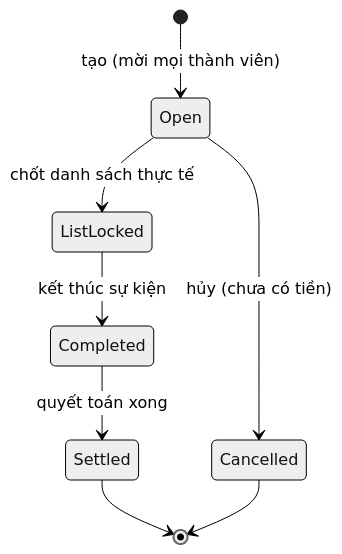
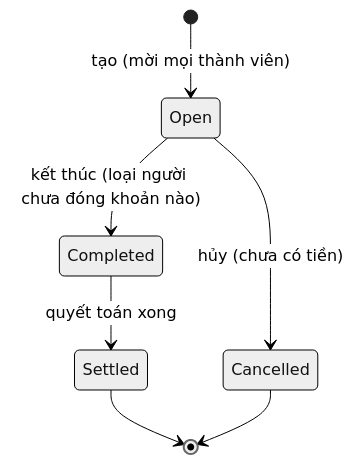
The second of 2 diagrams in docs/business-analysis/business-rules-and-processes.md (hodangquynh1546/OJT-GST-CES), drawn with Mermaid (neutral theme) before and after one commit. The commit also changed other lines of this file and 17 other files, not shown here.

First line of the commit message:
feat: áp OQ-18 sau duyệt thiết kế UI – bỏ chốt danh sách, chi không vượt thu

````diff
--- a/docs/business-analysis/business-rules-and-processes.md
+++ b/docs/business-analysis/business-rules-and-processes.md
@@ -104,10 +106,9 @@
 ```mermaid
 stateDiagram-v2
   [*] --> Open: tạo (mời mọi thành viên)
   Open --> Cancelled: hủy (chưa có tiền)
-  Open --> ListLocked: chốt danh sách thực tế
-  ListLocked --> Completed: kết thúc sự kiện
+  Open --> Completed: kết thúc (loại người chưa đóng khoản nào)
   Completed --> Settled: quyết toán xong
   Settled --> [*]
   Cancelled --> [*]
 ```
````
